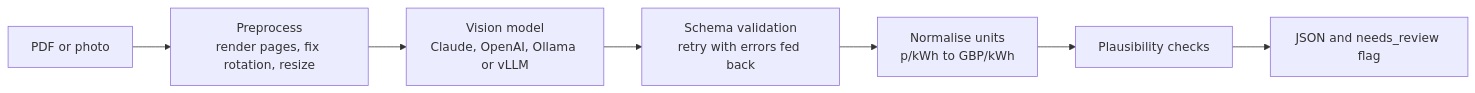
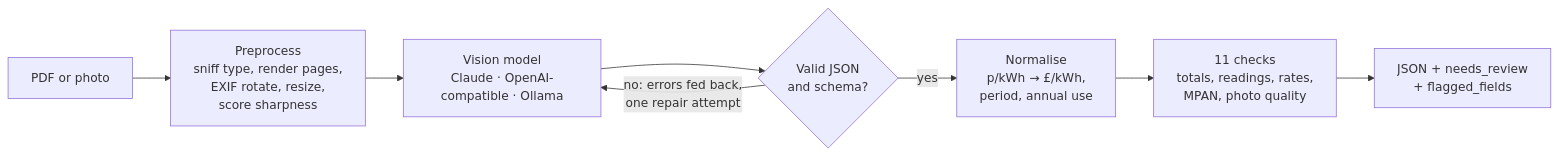
One commit to SujahathMSM/energy-bill-extractor changed the diagram in README.md. Above: the diagram before and after it, drawn with Mermaid. The commit also changed other lines of this file and 3 other files, not shown here.

````diff
--- a/README.md
+++ b/README.md
@@ -17,9 +61,10 @@
 ```mermaid
 flowchart LR
-    A[PDF or photo] --> B[Preprocess<br/>render pages, fix rotation, resize]
-    B --> C[Vision model<br/>Claude, OpenAI, Ollama or vLLM]
-    C --> D[Schema validation<br/>retry with errors fed back]
-    D --> E[Normalise units<br/>p/kWh to GBP/kWh]
-    E --> F[Plausibility checks]
-    F --> G[JSON and needs_review flag]
+    A[PDF or photo] --> B["Preprocess<br/>sniff type, render pages,<br/>EXIF rotate, resize,<br/>score sharpness"]
+    B --> C["Vision model<br/>Claude · OpenAI-compatible · Ollama"]
+    C --> D{"Valid JSON<br/>and schema?"}
+    D -- "no: errors fed back,<br/>one repair attempt" --> C
+    D -- yes --> E["Normalise<br/>p/kWh → £/kWh,<br/>period, annual use"]
+    E --> F["11 checks<br/>totals, readings, rates,<br/>MPAN, photo quality"]
+    F --> G["JSON + needs_review<br/>+ flagged_fields"]
 ```
````
